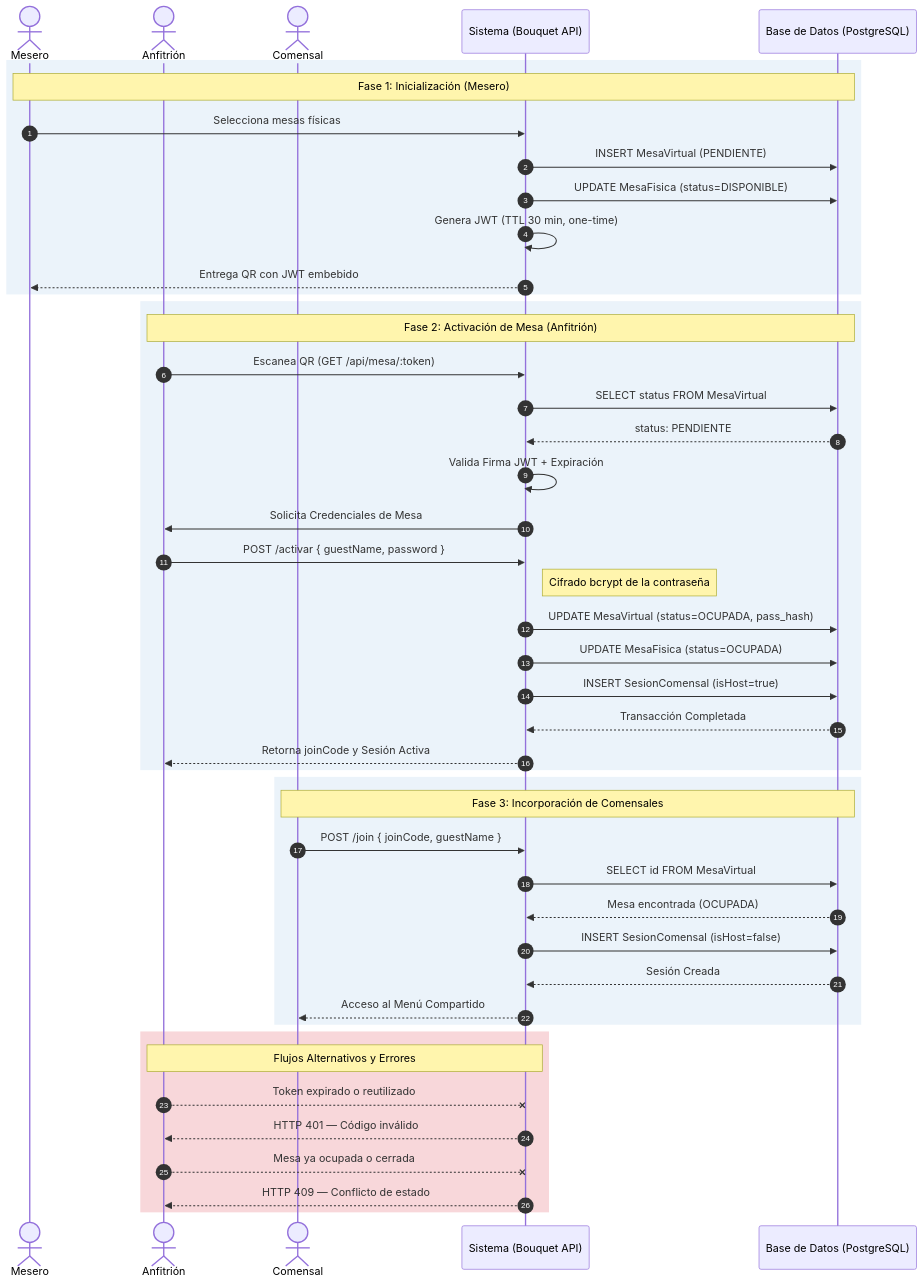
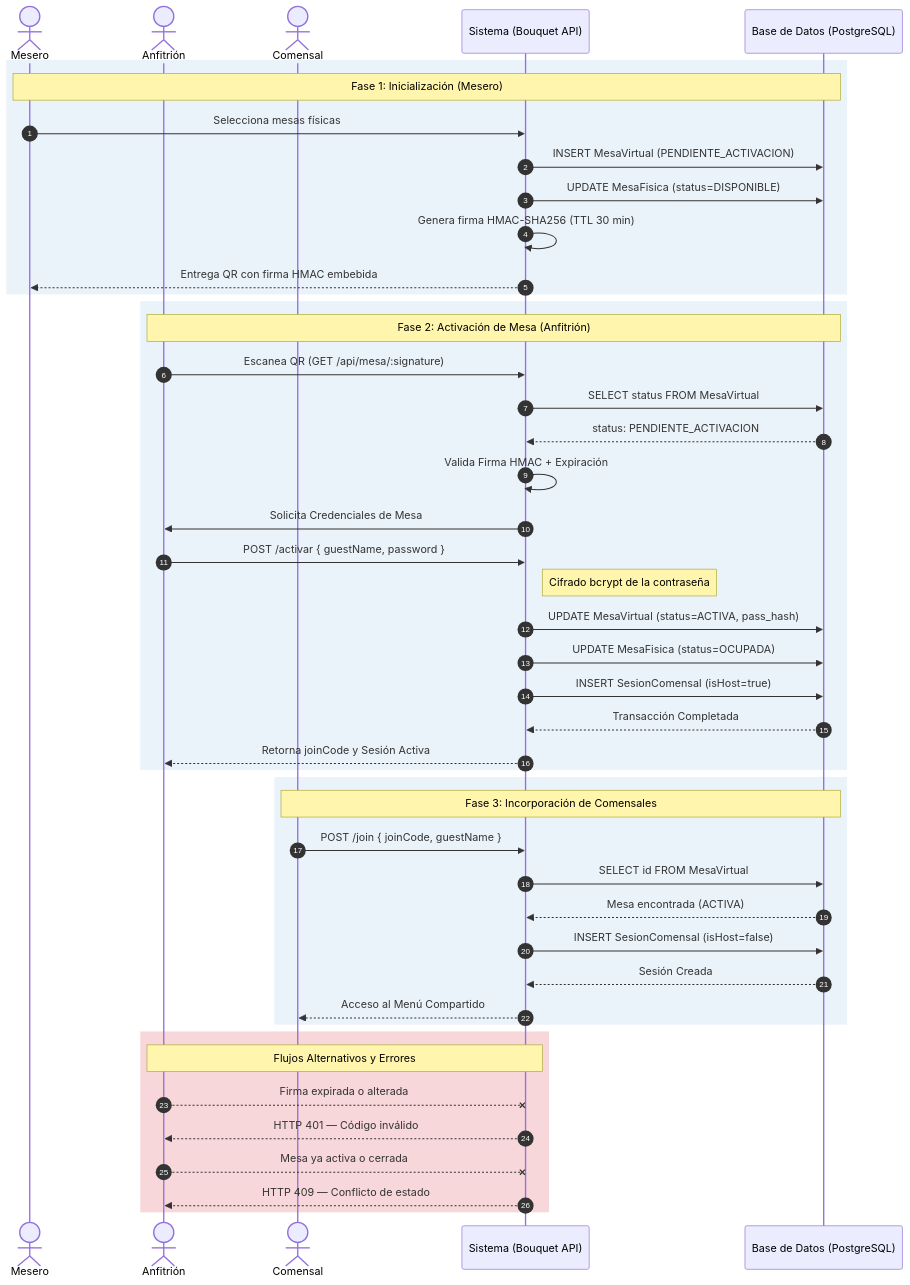
The diagram in docs/_assets/casos_uso/CU_01.mmd (dvillagrans/Bouquet), drawn with Mermaid before and after one commit. The commit also changed 27 other files, not shown here.

```diff
--- a/docs/_assets/casos_uso/CU_01.mmd
+++ b/docs/_assets/casos_uso/CU_01.mmd
@@ -1,55 +1,55 @@
 sequenceDiagram
     autonumber
     
     %% Bouquet Premium Theme
     accTitle: CU-01: Comensal Escanea QR e Ingresa a Mesa Virtual
     accDescr: Flujo de inicialización, activación y acceso compartido a mesa virtual.
 
     actor M as Mesero
     actor A as Anfitrión
     actor C as Comensal
     participant S as Sistema (Bouquet API)
     participant DB as Base de Datos (PostgreSQL)
 
     rect rgb(235, 243, 250)
         Note over M,DB: Fase 1: Inicialización (Mesero)
         M->>S: Selecciona mesas físicas
-        S->>DB: INSERT MesaVirtual (PENDIENTE)
+        S->>DB: INSERT MesaVirtual (PENDIENTE_ACTIVACION)
         S->>DB: UPDATE MesaFisica (status=DISPONIBLE)
-        S->>S: Genera JWT (TTL 30 min, one-time)
-        S-->>M: Entrega QR con JWT embebido
+        S->>S: Genera firma HMAC-SHA256 (TTL 30 min)
+        S-->>M: Entrega QR con firma HMAC embebida
     end
 
     rect rgb(235, 243, 250)
         Note over A,DB: Fase 2: Activación de Mesa (Anfitrión)
-        A->>S: Escanea QR (GET /api/mesa/:token)
+        A->>S: Escanea QR (GET /api/mesa/:signature)
         S->>DB: SELECT status FROM MesaVirtual
-        DB-->>S: status: PENDIENTE
-        S->>S: Valida Firma JWT + Expiración
+        DB-->>S: status: PENDIENTE_ACTIVACION
+        S->>S: Valida Firma HMAC + Expiración
         S->>A: Solicita Credenciales de Mesa
         A->>S: POST /activar { guestName, password }
         Note right of S: Cifrado bcrypt de la contraseña
-        S->>DB: UPDATE MesaVirtual (status=OCUPADA, pass_hash)
+        S->>DB: UPDATE MesaVirtual (status=ACTIVA, pass_hash)
         S->>DB: UPDATE MesaFisica (status=OCUPADA)
         S->>DB: INSERT SesionComensal (isHost=true)
         DB-->>S: Transacción Completada
         S-->>A: Retorna joinCode y Sesión Activa
     end
 
     rect rgb(235, 243, 250)
         Note over C,DB: Fase 3: Incorporación de Comensales
         C->>S: POST /join { joinCode, guestName }
         S->>DB: SELECT id FROM MesaVirtual
-        DB-->>S: Mesa encontrada (OCUPADA)
+        DB-->>S: Mesa encontrada (ACTIVA)
         S->>DB: INSERT SesionComensal (isHost=false)
         DB-->>S: Sesión Creada
         S-->>C: Acceso al Menú Compartido
     end
 
     rect rgb(248, 215, 218)
         Note over A,S: Flujos Alternativos y Errores
-        A--xS: Token expirado o reutilizado
+        A--xS: Firma expirada o alterada
         S-->>A: HTTP 401 — Código inválido
-        A--xS: Mesa ya ocupada o cerrada
+        A--xS: Mesa ya activa o cerrada
         S-->>A: HTTP 409 — Conflicto de estado
     end
```
